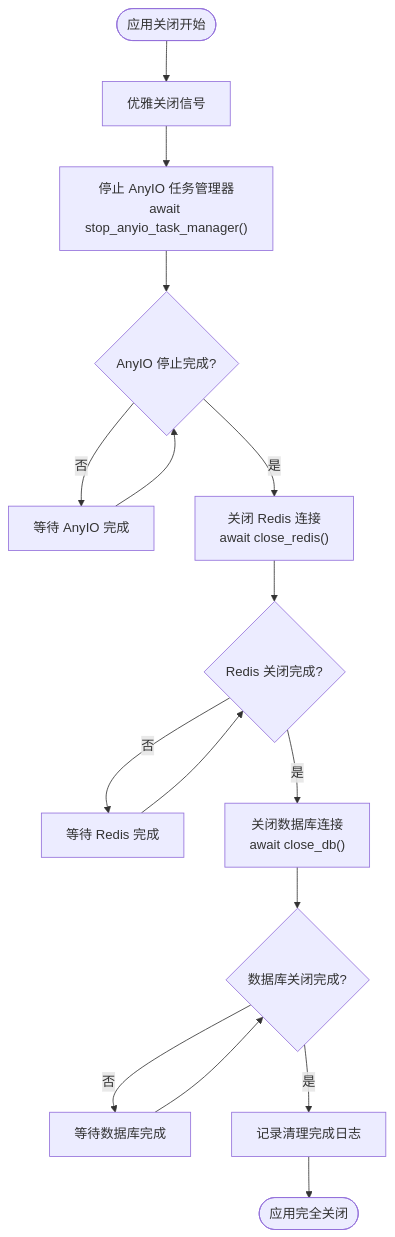
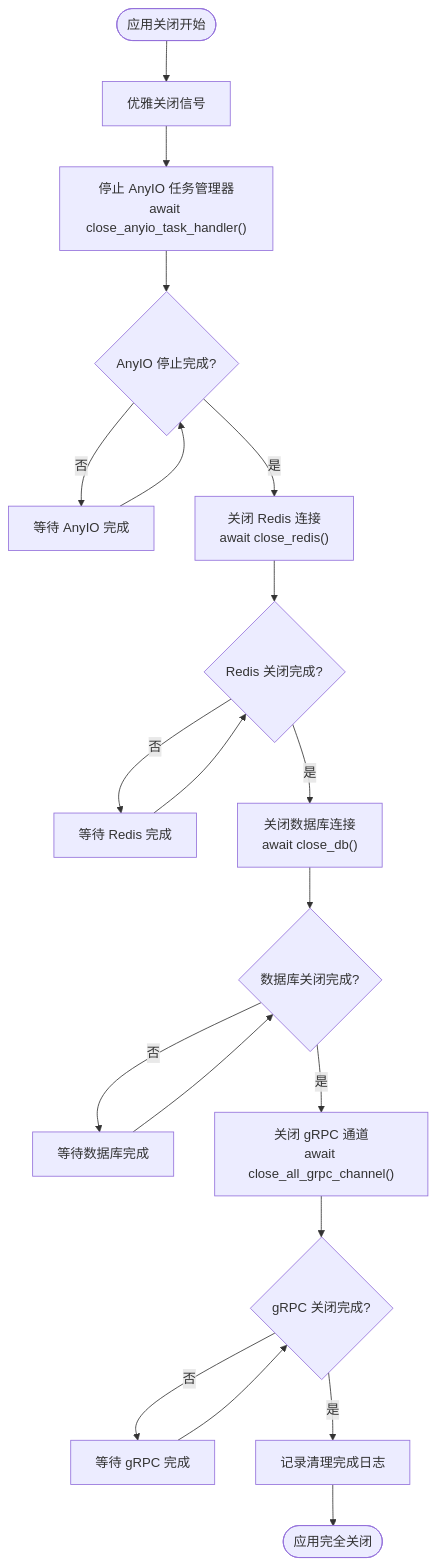
The sixth of 9 diagrams in .qoder/repowiki/zh/content/核心架构设计/应用生命周期管理.md (lilinzezzzzzz/fastapi-backend), drawn with Mermaid before and after one commit. The commit also changed other lines of this file and 4 other files, not shown here.

````diff
--- a/.qoder/repowiki/zh/content/核心架构设计/应用生命周期管理.md
+++ b/.qoder/repowiki/zh/content/核心架构设计/应用生命周期管理.md
@@ -327,18 +588,22 @@
 ```mermaid
 flowchart TD
 Start([应用关闭开始]) --> GracefulShutdown["优雅关闭信号"]
-GracefulShutdown --> StopAnyIO["停止 AnyIO 任务管理器<br/>await stop_anyio_task_manager()"]
+GracefulShutdown --> StopAnyIO["停止 AnyIO 任务管理器<br/>await close_anyio_task_handler()"]
 StopAnyIO --> AnyIOStopped{"AnyIO 停止完成?"}
 AnyIOStopped --> |否| WaitAnyIO["等待 AnyIO 完成"]
 WaitAnyIO --> AnyIOStopped
 AnyIOStopped --> |是| CloseRedis["关闭 Redis 连接<br/>await close_redis()"]
 CloseRedis --> RedisClosed{"Redis 关闭完成?"}
 RedisClosed --> |否| WaitRedis["等待 Redis 完成"]
 WaitRedis --> RedisClosed
 RedisClosed --> |是| CloseDB["关闭数据库连接<br/>await close_db()"]
 CloseDB --> DBClosed{"数据库关闭完成?"}
 DBClosed --> |否| WaitDB["等待数据库完成"]
 WaitDB --> DBClosed
-DBClosed --> |是| LogCleanup["记录清理完成日志"]
+DBClosed --> |是| ClosegRPC["关闭 gRPC 通道<br/>await close_all_grpc_channel()"]
+ClosegRPC --> gRPCClosed{"gRPC 关闭完成?"}
+gRPCClosed --> |否| WaitgRPC["等待 gRPC 完成"]
+WaitgRPC --> gRPCClosed
+gRPCClosed --> |是| LogCleanup["记录清理完成日志"]
 LogCleanup --> End([应用完全关闭])
 ```
````
